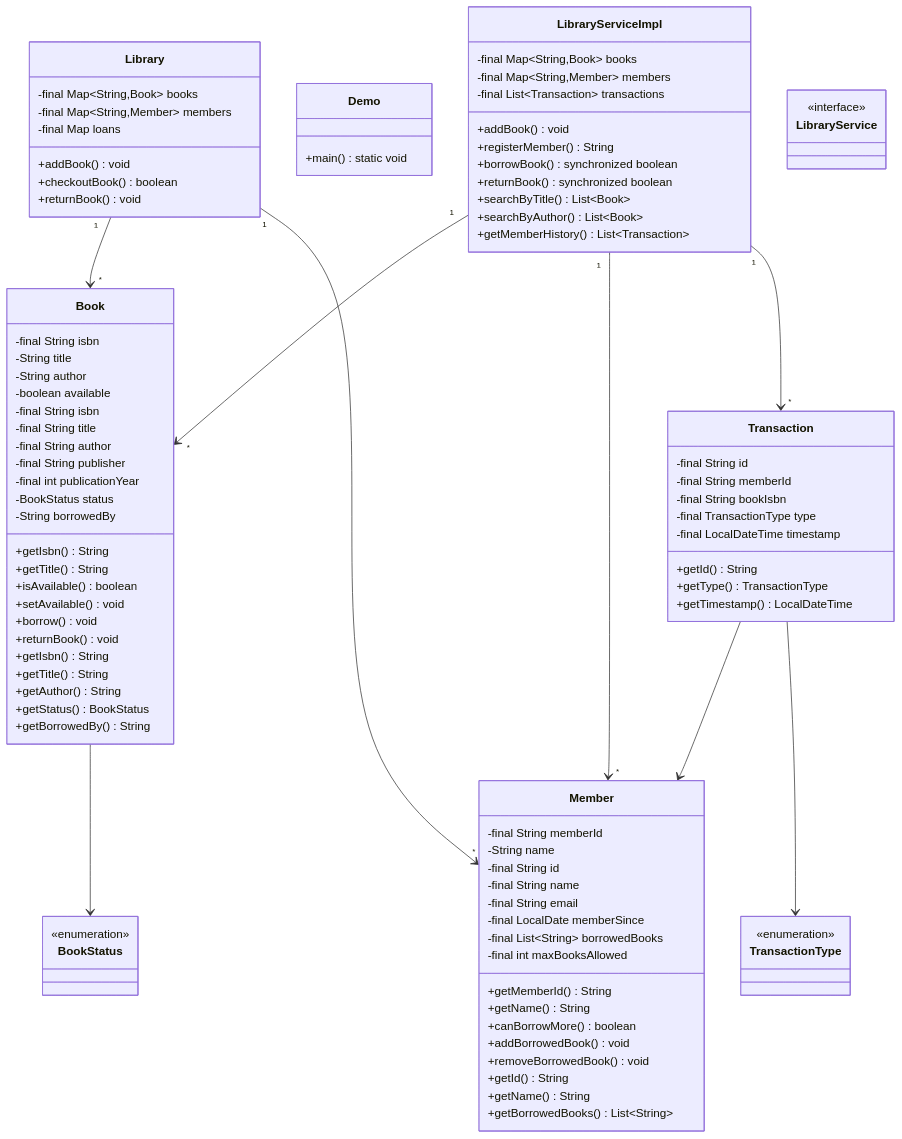
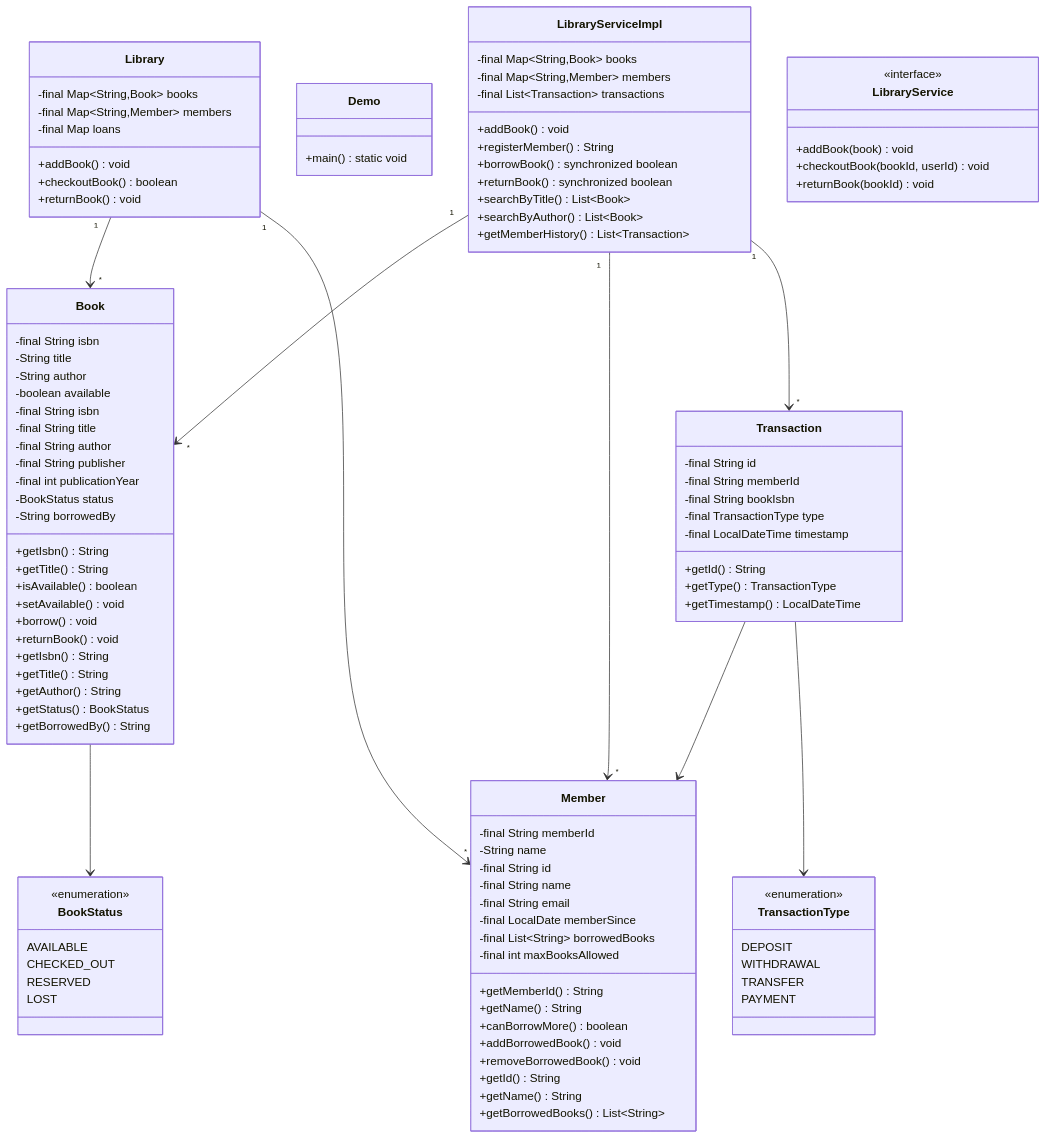
The diagram in docs/problems/library/README.md (dlkr18/lld-playbook), drawn with Mermaid before and after one commit. The commit also changed 95 other files, not shown here.

```diff
--- a/docs/problems/library/README.md
+++ b/docs/problems/library/README.md
@@ -155,8 +155,13 @@
         +getBorrowedBy() String
     }
 
-    class BookStatus
-    <<enumeration>> BookStatus
+    class BookStatus {
+        <<enumeration>>
+        AVAILABLE
+        CHECKED_OUT
+        RESERVED
+        LOST
+    }
 
     class Member {
         -final String id
@@ -173,8 +178,13 @@
         +getBorrowedBooks() List~String~
     }
 
-    class TransactionType
-    <<enumeration>> TransactionType
+    class TransactionType {
+        <<enumeration>>
+        DEPOSIT
+        WITHDRAWAL
+        TRANSFER
+        PAYMENT
+    }
 
     class Transaction {
         -final String id
@@ -187,8 +197,12 @@
         +getTimestamp() LocalDateTime
     }
 
-    class LibraryService
-    <<interface>> LibraryService
+    class LibraryService {
+        <<interface>>
+        +addBook(book) void
+        +checkoutBook(bookId, userId) void
+        +returnBook(bookId) void
+    }
 
     Transaction --> Member
     Transaction --> TransactionType
```
